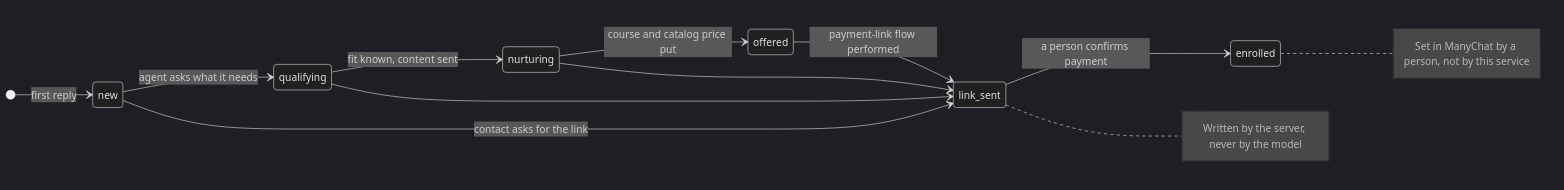
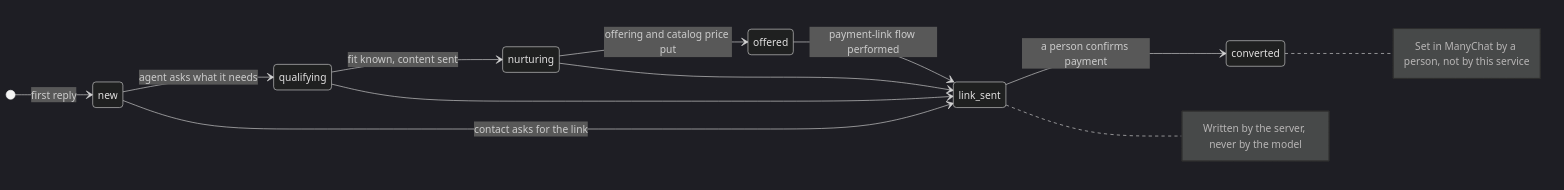
Before and after one commit to pedronastasi/manychat-ai-agent: the third of 3 diagrams in docs/guides/agent-tools-and-the-sales-funnel.md, drawn with Mermaid (dark theme). The commit also changed other lines of this file and 81 other files, not shown here.

````diff
--- a/docs/guides/agent-tools-and-the-sales-funnel.md
+++ b/docs/guides/agent-tools-and-the-sales-funnel.md
@@ -131,15 +131,15 @@
 ```mermaid
 stateDiagram-v2
     direction LR
     [*] --> new: first reply
     new --> qualifying: agent asks what it needs
     qualifying --> nurturing: fit known, content sent
-    nurturing --> offered: course and catalog price put
+    nurturing --> offered: offering and catalog price put
     offered --> link_sent: payment-link flow performed
     new --> link_sent: contact asks for the link
     qualifying --> link_sent
     nurturing --> link_sent
-    link_sent --> enrolled: a person confirms payment
+    link_sent --> converted: a person confirms payment
     note right of link_sent: Written by the server, never by the model
-    note right of enrolled: Set in ManyChat by a person, not by this service
+    note right of converted: Set in ManyChat by a person, not by this service
 ```
````
